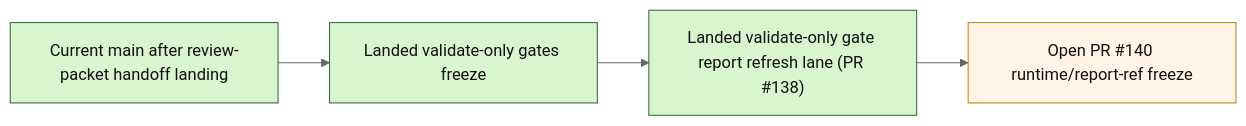
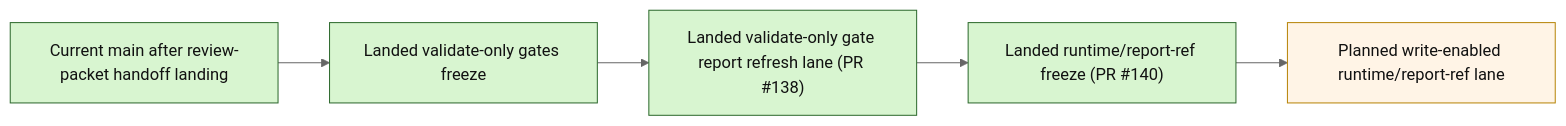
The second of 2 diagrams in next_milestone_plans/layer3_progress_board.md (benjmcd/project6_REPO_MCP_FOLDER), drawn with Mermaid (neutral theme) before and after one commit. The commit also changed other lines of this file and 9 other files, not shown here.

Commit message:
docs(layer3): sync validate-only runtime freeze landing

````diff
--- a/next_milestone_plans/layer3_progress_board.md
+++ b/next_milestone_plans/layer3_progress_board.md
@@ -190,13 +192,14 @@
 ```mermaid
 flowchart LR
     A["Current main after review-packet handoff landing"] --> B["Landed validate-only gates freeze"]
     B --> C["Landed validate-only gate report refresh lane (PR #138)"]
-    C --> D["Open PR #140 runtime/report-ref freeze"]
+    C --> D["Landed runtime/report-ref freeze (PR #140)"]
+    D --> E["Planned write-enabled runtime/report-ref lane"]
 
     classDef done fill:#d8f5d0,stroke:#2f6b2f,color:#111;
     classDef next fill:#fff4e6,stroke:#b8860b,color:#111;
     classDef future fill:#e8e8e8,stroke:#666,color:#111;
 
-    class A,B,C done;
-    class D next;
+    class A,B,C,D done;
+    class E next;
 ```
````
